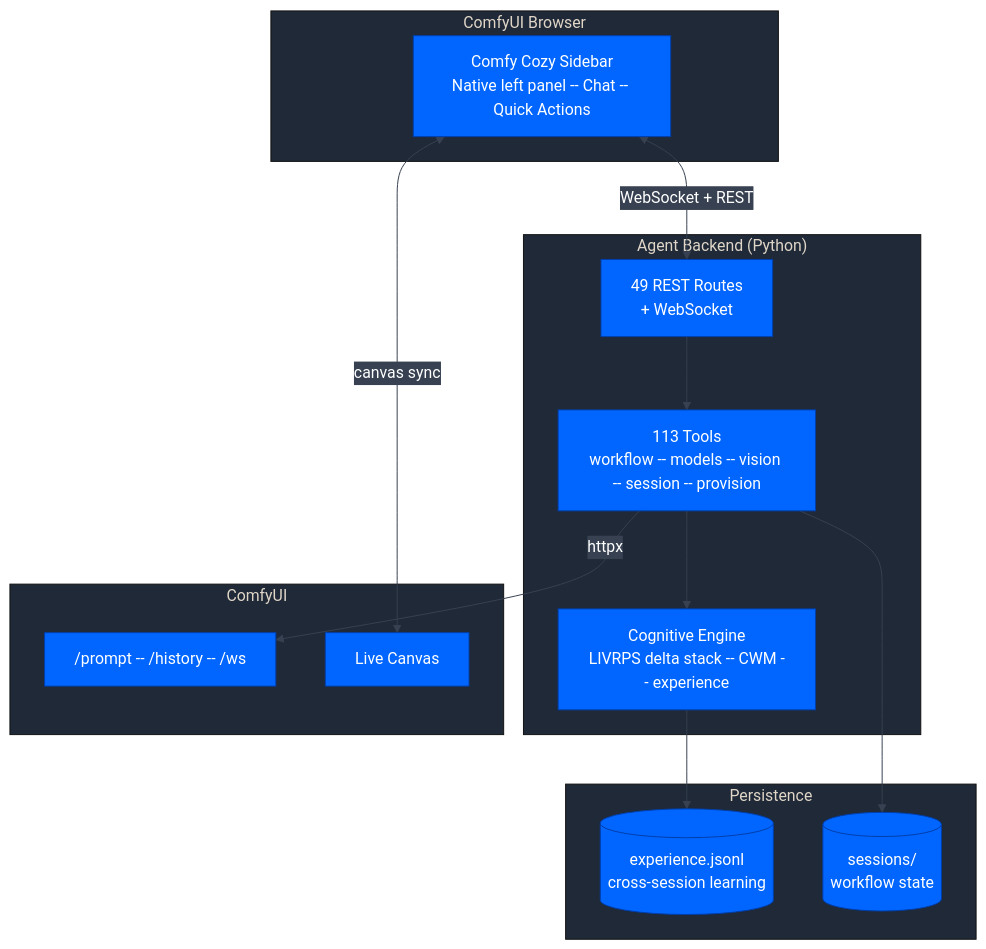
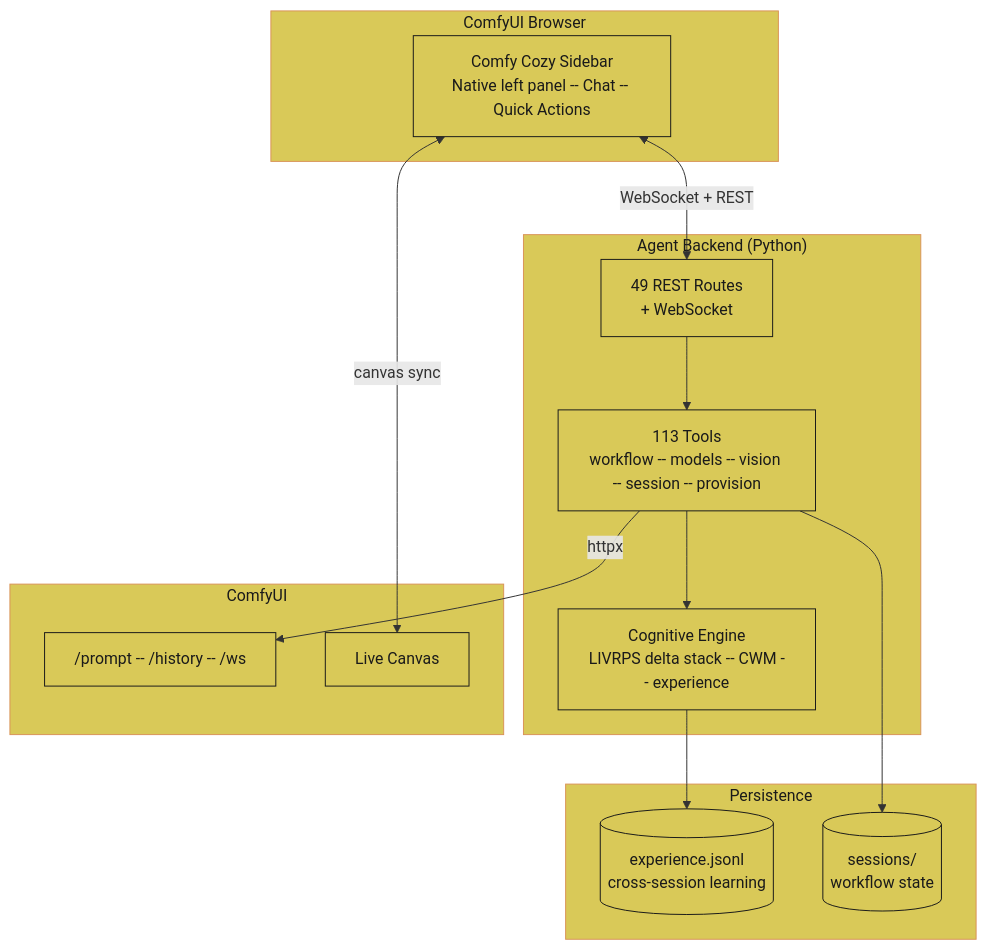
The sixth of 27 diagrams in README.md (JosephOIbrahim/Comfy-Cozy), drawn with Mermaid before and after one commit. The commit also changed other lines of this file and 38 other files, not shown here.

````diff
--- a/README.md
+++ b/README.md
@@ -378,28 +464,36 @@
 ```mermaid
-%%{init: {'theme':'base','themeVariables': {'primaryColor':'#0066FF','primaryTextColor':'#ffffff','primaryBorderColor':'#003eaa','lineColor':'#374151','secondaryColor':'#374151','tertiaryColor':'#1f2937','fontFamily':'monospace'}}}%%
 graph TB
     subgraph Browser ["ComfyUI Browser"]
         Sidebar["Comfy Cozy Sidebar<br/>Native left panel -- Chat -- Quick Actions"]
     end
     subgraph Backend ["Agent Backend (Python)"]
         Routes["49 REST Routes<br/>+ WebSocket"]
         Tools["113 Tools<br/>workflow -- models -- vision -- session -- provision"]
         Cog["Cognitive Engine<br/>LIVRPS delta stack -- CWM -- experience"]
     end
     subgraph ComfyUI ["ComfyUI"]
         API["/prompt -- /history -- /ws"]
         Canvas["Live Canvas"]
     end
     subgraph Disk ["Persistence"]
         EXP[("experience.jsonl<br/>cross-session learning")]
         Sessions[("sessions/<br/>workflow state")]
     end
 
     Sidebar <-->|"WebSocket + REST"| Routes
     Sidebar <-->|"canvas sync"| Canvas
     Routes --> Tools
     Tools --> Cog
     Tools -->|httpx| API
     Cog --> EXP
     Tools --> Sessions
+
+    style Browser fill:#d9c958,color:#1a1a1a,stroke:#d99458
+    style Backend fill:#d9c958,color:#1a1a1a,stroke:#d99458
+    style ComfyUI fill:#d9c958,color:#1a1a1a,stroke:#d99458
+    style Disk fill:#d9c958,color:#1a1a1a,stroke:#d99458
+
+    classDef orange fill:#d99458,color:#1a1a1a,stroke:#1a1a1a
+    classDef yellow fill:#d9c958,color:#1a1a1a,stroke:#1a1a1a
+    class Sidebar,Routes,Tools,Cog,API,Canvas,EXP,Sessions yellow
 ```
````
